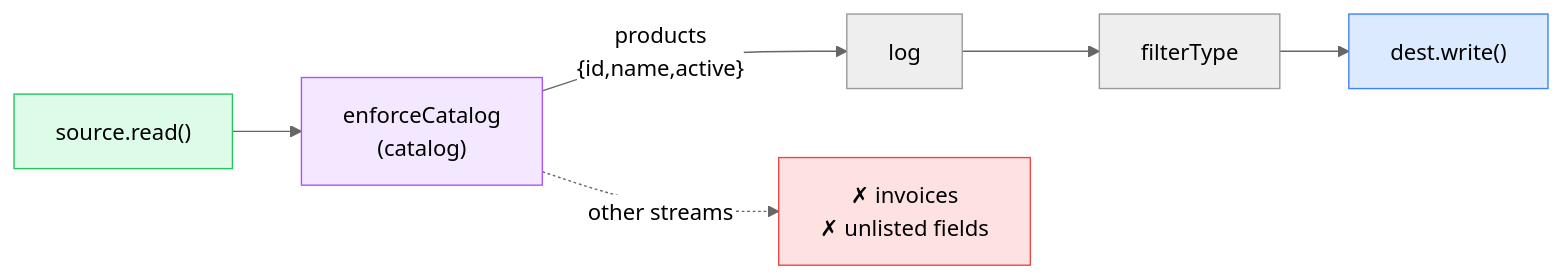
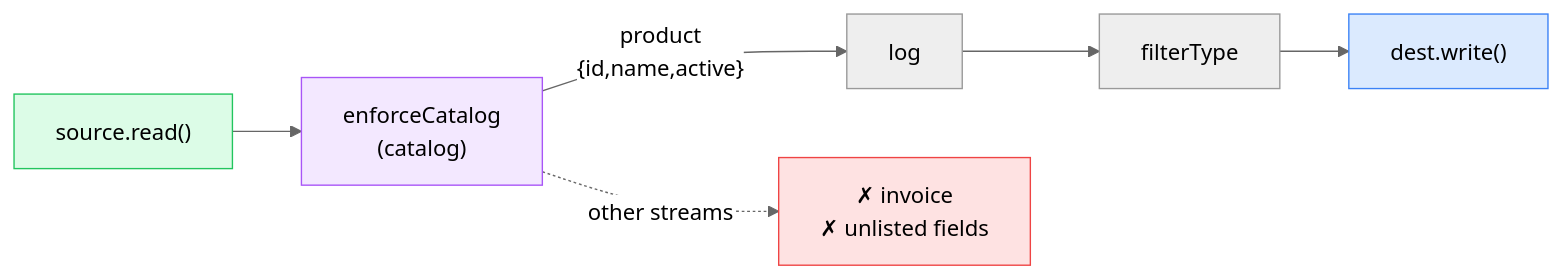
One commit to supabase/stripe-sync-engine changed the fifth of 10 diagrams in docs/slides/demo.md. Above: the diagram before and after it, drawn with Mermaid (neutral theme). The commit also changed other lines of this file and 108 other files, not shown here.

````diff
--- a/docs/slides/demo.md
+++ b/docs/slides/demo.md
@@ -240,17 +240,17 @@
 ```mermaid
 flowchart LR
   SRC["source.read()"]
   EC["enforceCatalog\n(catalog)"]
   LOG["log"]
   FT["filterType"]
   DST["dest.write()"]
-  DROP["✗  invoices\n✗  unlisted fields"]
+  DROP["✗  invoice\n✗  unlisted fields"]
   SRC --> EC
-  EC -->|"products\n{id,name,active}"| LOG
+  EC -->|"product\n{id,name,active}"| LOG
   EC -.->|"other streams"| DROP
   LOG --> FT --> DST
   style SRC fill:#dcfce7,stroke:#22c55e
   style EC fill:#f3e8ff,stroke:#a855f7
   style DST fill:#dbeafe,stroke:#3b82f6
   style DROP fill:#fee2e2,stroke:#ef4444
 ```
````
